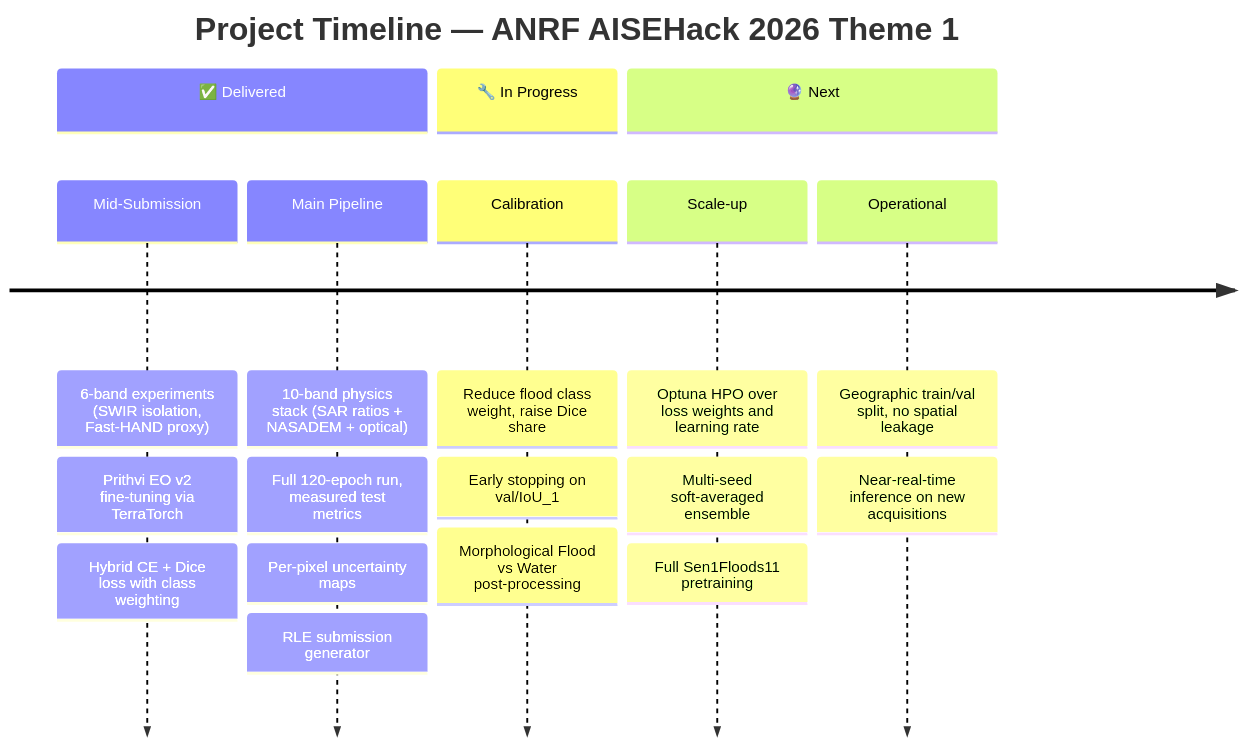
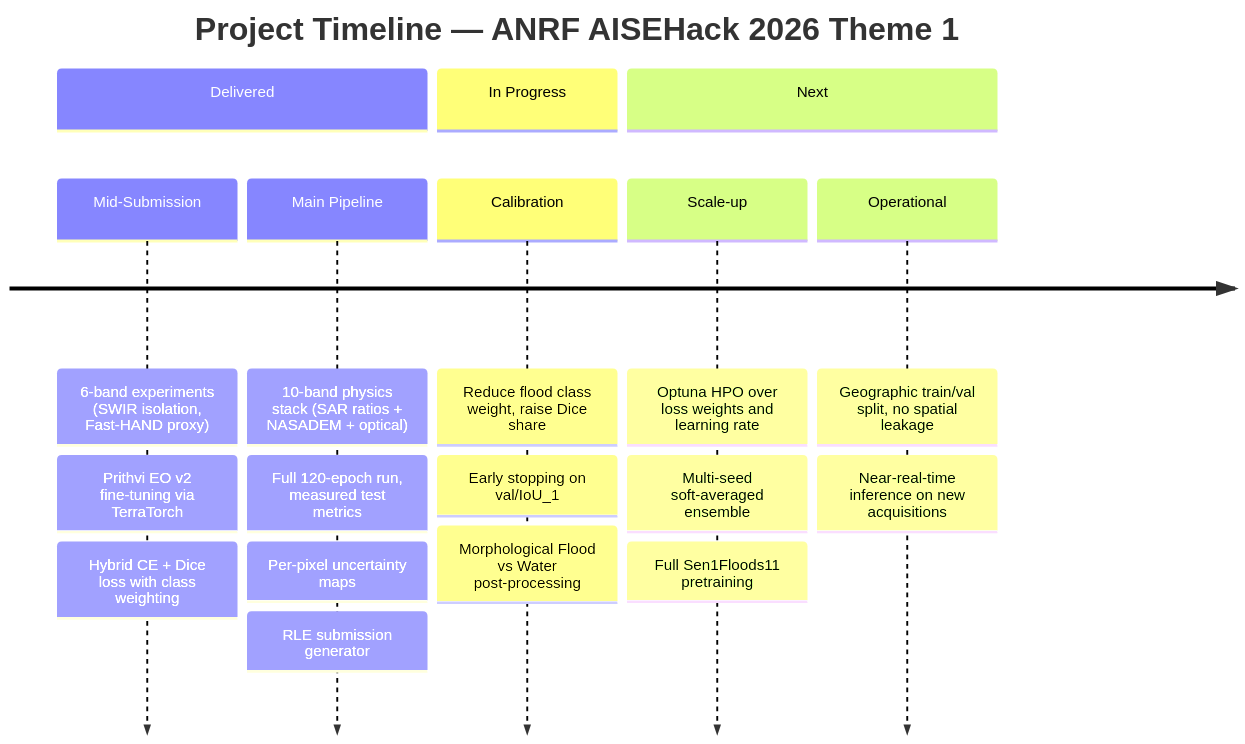
The sixth of 6 diagrams in README.md (AbhayKale332/sar-flood-seg), drawn with Mermaid before and after one commit. The commit also changed other lines of this file, not shown here.

````diff
--- a/README.md
+++ b/README.md
@@ -387,22 +378,22 @@
 ```mermaid
 timeline
     title Project Timeline — ANRF AISEHack 2026 Theme 1
-    section ✅ Delivered
+    section Delivered
         Mid-Submission : 6-band experiments (SWIR isolation, Fast-HAND proxy)
                        : Prithvi EO v2 fine-tuning via TerraTorch
                        : Hybrid CE + Dice loss with class weighting
         Main Pipeline  : 10-band physics stack (SAR ratios + NASADEM + optical)
                        : Full 120-epoch run, measured test metrics
                        : Per-pixel uncertainty maps
                        : RLE submission generator
-    section 🔧 In Progress
+    section In Progress
         Calibration    : Reduce flood class weight, raise Dice share
                        : Early stopping on val/IoU_1
                        : Morphological Flood vs Water post-processing
-    section 🔮 Next
+    section Next
         Scale-up       : Optuna HPO over loss weights and learning rate
                        : Multi-seed soft-averaged ensemble
                        : Full Sen1Floods11 pretraining
         Operational    : Geographic train/val split, no spatial leakage
                        : Near-real-time inference on new acquisitions
 ```
````
